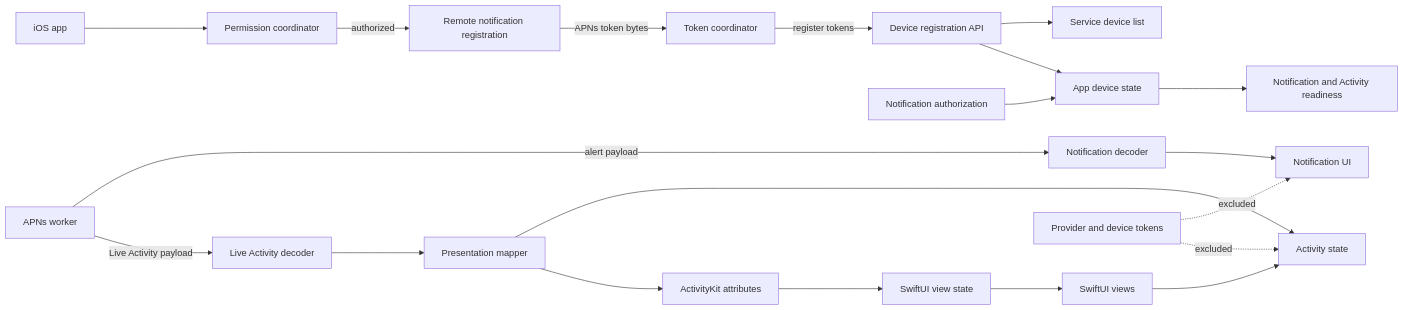
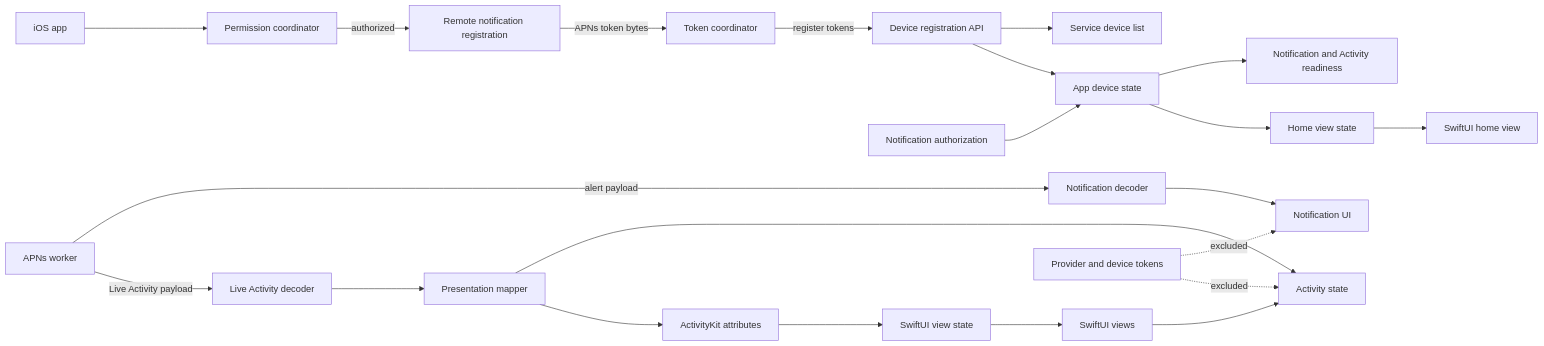
Before and after one commit to dotbrains/beam: the diagram in docs/ios.md, drawn with Mermaid. The commit also changed other lines of this file and 4 other files, not shown here.

````diff
--- a/docs/ios.md
+++ b/docs/ios.md
@@ -8,22 +8,24 @@
 ```mermaid
 flowchart LR
   app[iOS app] --> permissionFlow[Permission coordinator]
   permissionFlow -->|authorized| remote[Remote notification registration]
   remote -->|APNs token bytes| coordinator[Token coordinator]
   coordinator -->|register tokens| api[Device registration API]
   api --> service[Service device list]
   api --> deviceState[App device state]
   permission[Notification authorization] --> deviceState
   deviceState --> routing[Notification and Activity readiness]
+  deviceState --> homeState[Home view state]
+  homeState --> home[SwiftUI home view]
   worker[APNs worker] -->|alert payload| notification[Notification decoder]
   worker -->|Live Activity payload| activity[Live Activity decoder]
   notification --> ui[Notification UI]
   activity --> presentation[Presentation mapper]
   presentation --> live[Activity state]
   presentation --> attributes[ActivityKit attributes]
   attributes --> viewState[SwiftUI view state]
   viewState --> views[SwiftUI views]
   views --> live
   secrets[Provider and device tokens] -. excluded .-> ui
   secrets -. excluded .-> live
 ```
````
